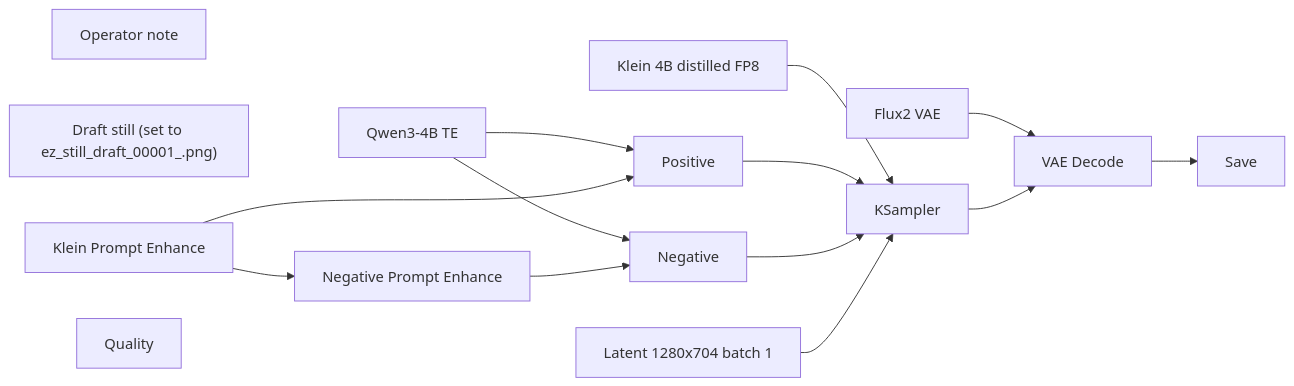
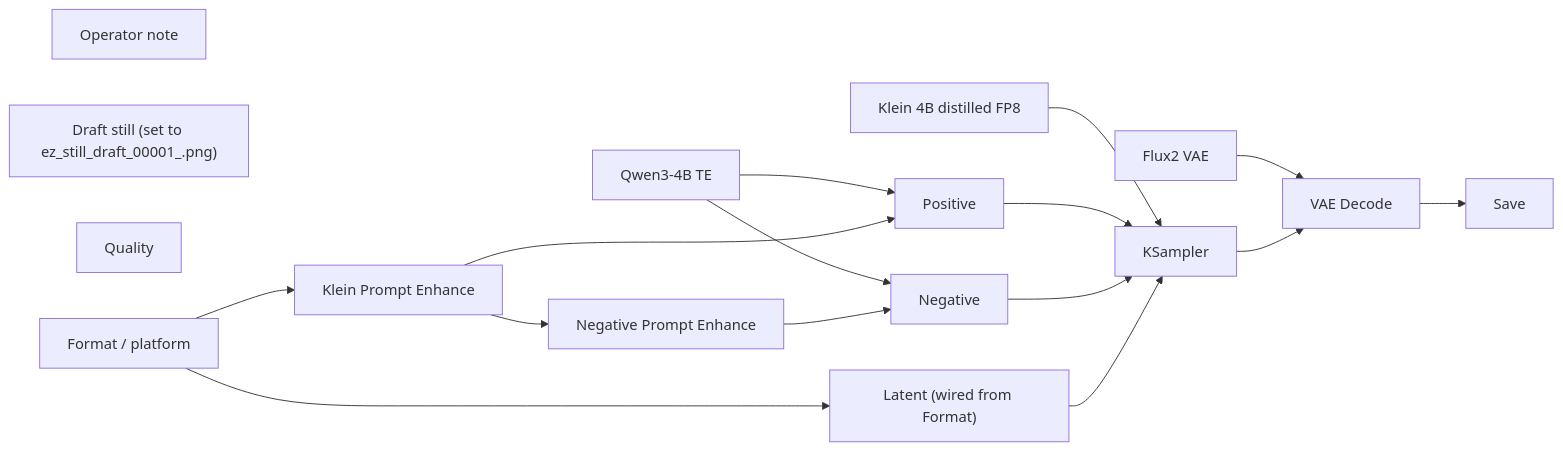
One commit to toxicoder/ez-comfy-stack changed the diagram in docs/generated/workflows/klein/product-packshot.md. Above: the diagram before and after it, drawn with Mermaid. The commit also changed other lines of this file and 312 other files, not shown here.

First line of the commit message:
feat: Format / platform on Klein, Wan, and LTX Apps

````diff
--- a/docs/generated/workflows/klein/product-packshot.md
+++ b/docs/generated/workflows/klein/product-packshot.md
@@ -49,29 +51,32 @@
 ```mermaid
 flowchart LR
   N1["Klein 4B distilled FP8"]
   N2["Qwen3-4B TE"]
   N3["Flux2 VAE"]
   N4["Positive"]
   N5["Negative"]
-  N6["Latent 1280x704 batch 1"]
+  N6["Latent (wired from Format)"]
   N7["KSampler"]
   N8["VAE Decode"]
   N9["Save"]
   N10["Operator note"]
   N11["Draft still (set to ez_still_draft_00001_.png)"]
   N12["Klein Prompt Enhance"]
   N13["Negative Prompt Enhance"]
   N14["Quality"]
+  N15["Format / platform"]
   N1 --> N7
   N2 --> N4
   N2 --> N5
   N3 --> N8
   N4 --> N7
   N5 --> N7
   N6 --> N7
   N7 --> N8
   N8 --> N9
   N12 --> N4
   N12 --> N13
   N13 --> N5
+  N15 --> N6
+  N15 --> N12
 ```
````
